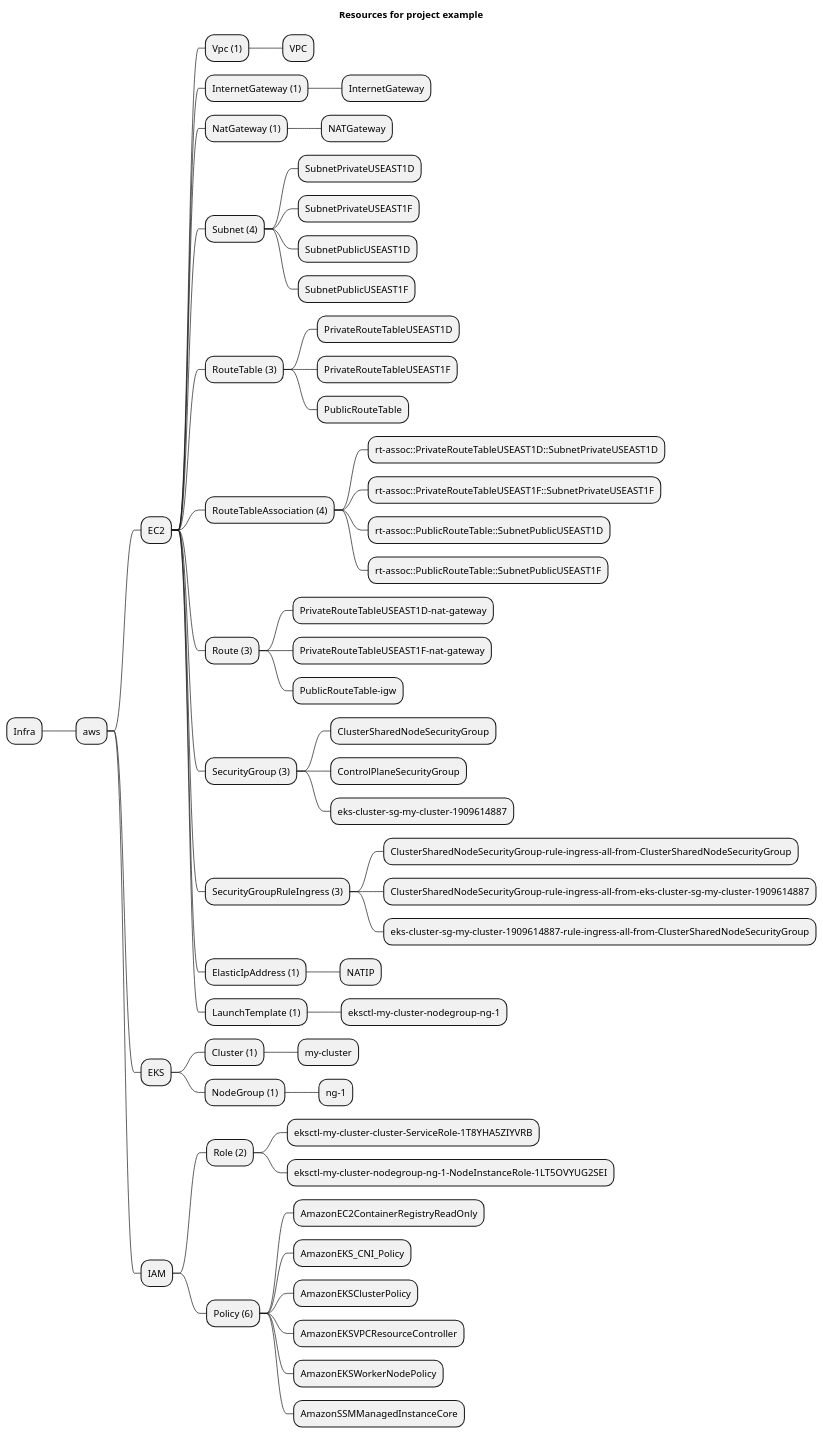
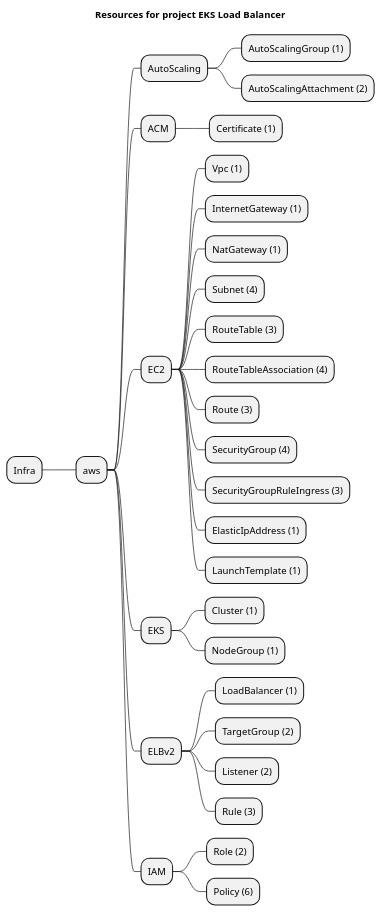
The diagram in examples/aws/EKS/eks-load-balancer/artifacts/resources-mindmap.puml (grucloud/grucloud), drawn with PlantUML before and after one commit. The commit also changed 24 other files, not shown here.

Commit message:
eks-load-balancer example

```diff
--- a/examples/aws/EKS/eks-load-balancer/artifacts/resources-mindmap.puml
+++ b/examples/aws/EKS/eks-load-balancer/artifacts/resources-mindmap.puml
@@ -1,59 +1,34 @@
 @startmindmap
-title Resources for project example
+title Resources for project EKS Load Balancer
 skinparam monochrome true
 + Infra
 ++ aws
++++ AutoScaling
+++++ AutoScalingGroup (1)
+++++ AutoScalingAttachment (2)
++++ ACM
+++++ Certificate (1)
 +++ EC2
 ++++ Vpc (1)
-+++++ VPC
 ++++ InternetGateway (1)
-+++++ InternetGateway
 ++++ NatGateway (1)
-+++++ NATGateway
 ++++ Subnet (4)
-+++++ SubnetPrivateUSEAST1D
-+++++ SubnetPrivateUSEAST1F
-+++++ SubnetPublicUSEAST1D
-+++++ SubnetPublicUSEAST1F
 ++++ RouteTable (3)
-+++++ PrivateRouteTableUSEAST1D
-+++++ PrivateRouteTableUSEAST1F
-+++++ PublicRouteTable
 ++++ RouteTableAssociation (4)
-+++++ rt-assoc::PrivateRouteTableUSEAST1D::SubnetPrivateUSEAST1D
-+++++ rt-assoc::PrivateRouteTableUSEAST1F::SubnetPrivateUSEAST1F
-+++++ rt-assoc::PublicRouteTable::SubnetPublicUSEAST1D
-+++++ rt-assoc::PublicRouteTable::SubnetPublicUSEAST1F
 ++++ Route (3)
-+++++ PrivateRouteTableUSEAST1D-nat-gateway
-+++++ PrivateRouteTableUSEAST1F-nat-gateway
-+++++ PublicRouteTable-igw
-++++ SecurityGroup (3)
-+++++ ClusterSharedNodeSecurityGroup
-+++++ ControlPlaneSecurityGroup
-+++++ eks-cluster-sg-my-cluster-1909614887
+++++ SecurityGroup (4)
 ++++ SecurityGroupRuleIngress (3)
-+++++ ClusterSharedNodeSecurityGroup-rule-ingress-all-from-ClusterSharedNodeSecurityGroup
-+++++ ClusterSharedNodeSecurityGroup-rule-ingress-all-from-eks-cluster-sg-my-cluster-1909614887
-+++++ eks-cluster-sg-my-cluster-1909614887-rule-ingress-all-from-ClusterSharedNodeSecurityGroup
 ++++ ElasticIpAddress (1)
-+++++ NATIP
 ++++ LaunchTemplate (1)
-+++++ eksctl-my-cluster-nodegroup-ng-1
 +++ EKS
 ++++ Cluster (1)
-+++++ my-cluster
 ++++ NodeGroup (1)
-+++++ ng-1
++++ ELBv2
+++++ LoadBalancer (1)
+++++ TargetGroup (2)
+++++ Listener (2)
+++++ Rule (3)
 +++ IAM
 ++++ Role (2)
-+++++ eksctl-my-cluster-cluster-ServiceRole-1T8YHA5ZIYVRB
-+++++ eksctl-my-cluster-nodegroup-ng-1-NodeInstanceRole-1LT5OVYUG2SEI
 ++++ Policy (6)
-+++++ AmazonEC2ContainerRegistryReadOnly
-+++++ AmazonEKS_CNI_Policy
-+++++ AmazonEKSClusterPolicy
-+++++ AmazonEKSVPCResourceController
-+++++ AmazonEKSWorkerNodePolicy
-+++++ AmazonSSMManagedInstanceCore
 @endmindmap
```
